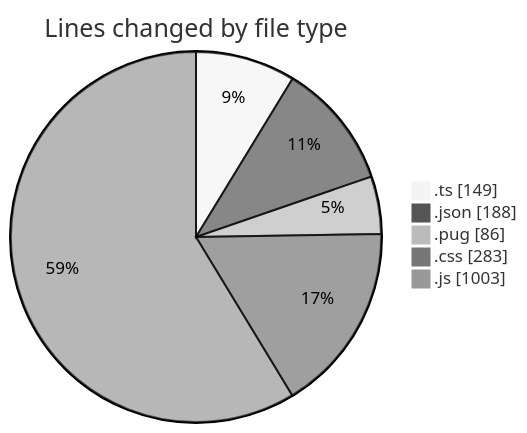
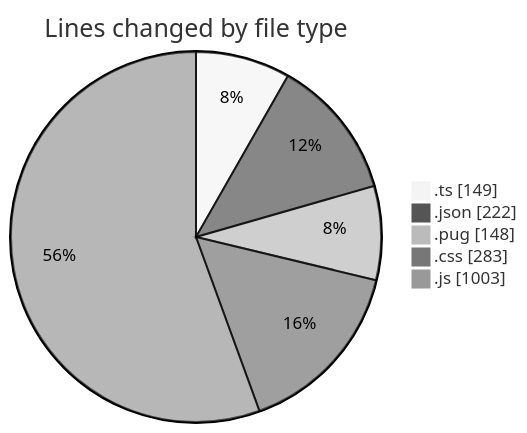
The first of 2 diagrams in 2025-02-24/cda/README.md (momahboobian/code-tracking), drawn with Mermaid (neutral theme) before and after one commit. The commit also changed other lines of this file and 1 other file, not shown here.

````diff
--- a/2025-02-24/cda/README.md
+++ b/2025-02-24/cda/README.md
@@ -35,9 +38,9 @@
 ```mermaid
 pie showData
 title Lines changed by file type
 ".ts" : 149
-".json" : 188
-".pug" : 86
+".json" : 222
+".pug" : 148
 ".css" : 283
 ".js" : 1003
 ```
````
